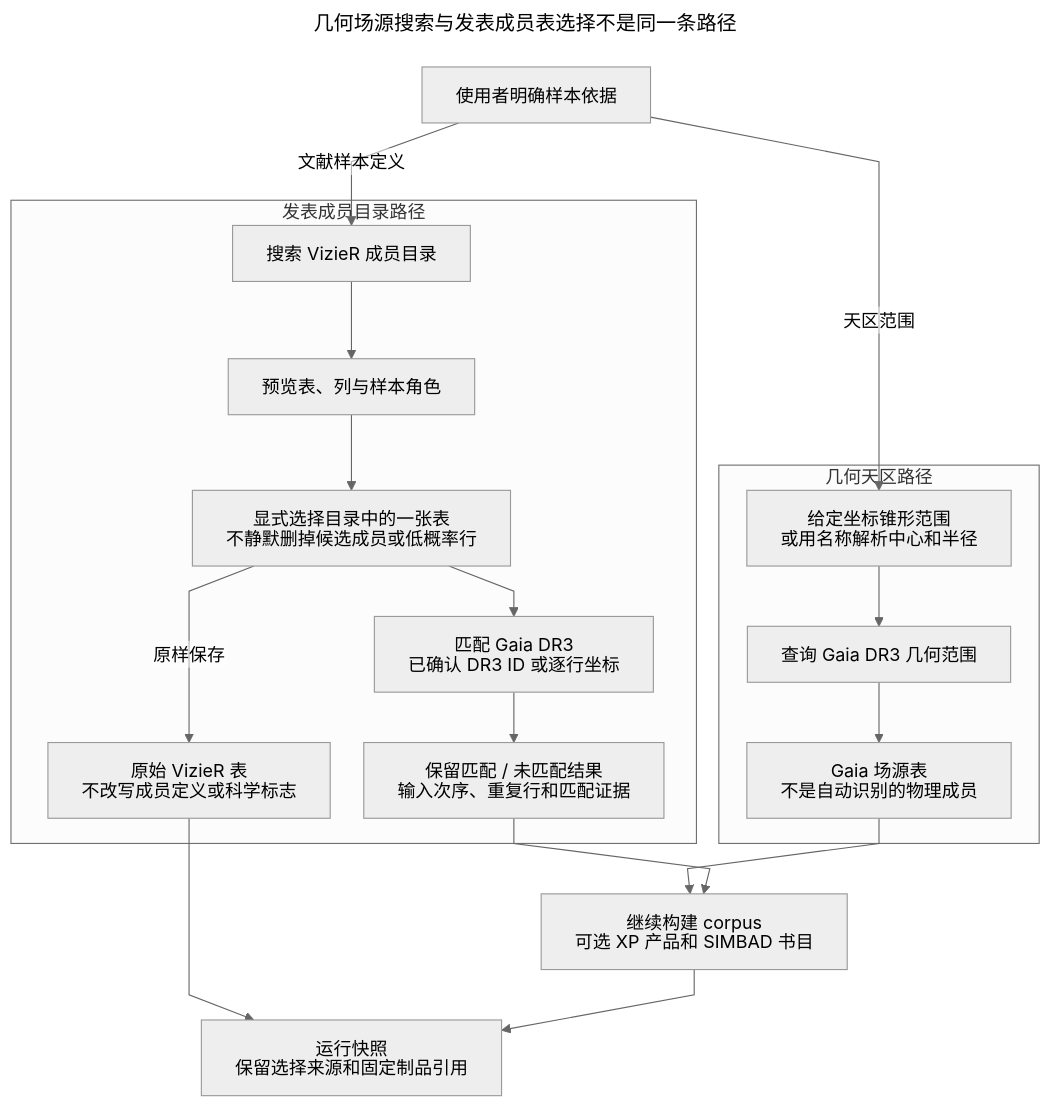
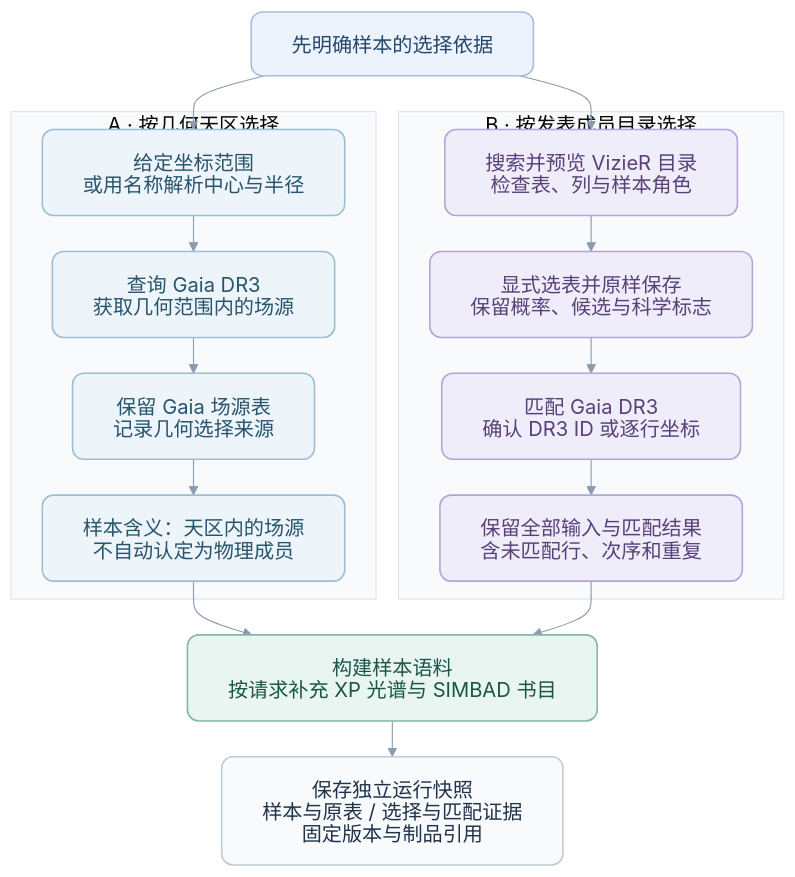
Before and after one commit to cetizhao/Astro-Corpus: the diagram in docs/diagrams/sample-selection.mmd, drawn with Mermaid. The commit also changed 9 other files, not shown here.

Commit message:
docs: redesign README diagrams and add project showcase

```diff
--- a/docs/diagrams/sample-selection.mmd
+++ b/docs/diagrams/sample-selection.mmd
@@ -1,41 +1,54 @@
 ---
-title: 几何场源搜索与发表成员表选择不是同一条路径
 config:
-  theme: neutral
+  look: classic
+  theme: base
   htmlLabels: false
   fontFamily: 'Noto Sans CJK SC, PingFang SC, Microsoft YaHei, sans-serif'
+  themeVariables:
+    fontSize: 18px
+    primaryTextColor: '#20334b'
+    lineColor: '#8a9bb0'
+    clusterBkg: '#f8fafc'
+    clusterBorder: '#dce4ed'
+    edgeLabelBackground: '#ffffff'
   flowchart:
     htmlLabels: false
-    curve: linear
+    curve: basis
     wrappingWidth: 300
-    nodeSpacing: 30
-    rankSpacing: 45
+    nodeSpacing: 36
+    rankSpacing: 32
+    padding: 18
 ---
 flowchart TB
-    request["使用者明确样本依据"]
+    accTitle: 几何场源与发表成员目录的样本选择
+    accDescr: 坐标范围或名称解析得到几何范围内的 Gaia 场源，不自动定义物理成员。成员路径先搜索预览 VizieR 目录并显式选表，再匹配 Gaia，保留原表、未匹配行、次序和重复输入，最后保存独立运行快照。
+    request["先明确样本的选择依据"]:::entry
 
-    subgraph geometric["几何天区路径"]
-        region["给定坐标锥形范围<br/>或用名称解析中心和半径"]
-        cone["查询 Gaia DR3 几何范围"]
-        field["Gaia 场源表<br/>不是自动识别的物理成员"]
-        region --> cone --> field
+    subgraph geometric["A · 按几何天区选择"]
+        region["给定坐标范围<br/>或用名称解析中心与半径"]:::field
+        cone["查询 Gaia DR3<br/>获取几何范围内的场源"]:::field
+        field["保留 Gaia 场源表<br/>记录几何选择来源"]:::field
+        scope["样本含义：天区内的场源<br/>不自动认定为物理成员"]:::field
+        region --> cone --> field --> scope
     end
 
-    subgraph literature["发表成员目录路径"]
-        search["搜索 VizieR 成员目录"]
-        preview["预览表、列与样本角色"]
-        table["显式选择目录中的一张表<br/>不静默删掉候选成员或低概率行"]
-        match["匹配 Gaia DR3<br/>已确认 DR3 ID 或逐行坐标"]
-        outcomes["保留匹配 / 未匹配结果<br/>输入次序、重复行和匹配证据"]
-        original["原始 VizieR 表<br/>不改写成员定义或科学标志"]
-        search --> preview --> table
-        table -->|原样保存| original
+    subgraph literature["B · 按发表成员目录选择"]
+        search["搜索并预览 VizieR 目录<br/>检查表、列与样本角色"]:::member
+        table["显式选表并原样保存<br/>保留概率、候选与科学标志"]:::member
+        match["匹配 Gaia DR3<br/>确认 DR3 ID 或逐行坐标"]:::member
+        outcomes["保留全部输入与匹配结果<br/>含未匹配行、次序和重复"]:::member
+        search --> table
         table --> match --> outcomes
     end
 
-    request -->|天区范围| region
-    request -->|文献样本定义| search
-    field --> build["继续构建 corpus<br/>可选 XP 产品和 SIMBAD 书目"]
+    request --> region
+    request --> search
+    scope --> build["构建样本语料<br/>按请求补充 XP 光谱与 SIMBAD 书目"]:::build
     outcomes --> build
-    original --> snapshot["运行快照<br/>保留选择来源和固定制品引用"]
-    build --> snapshot
+    build --> snapshot["保存独立运行快照<br/>样本与原表 / 选择与匹配证据<br/>固定版本与制品引用"]:::storage
+
+    classDef entry fill:#edf3fc,stroke:#a7bfdf,color:#23476b,stroke-width:1.4px,rx:10,ry:10
+    classDef field fill:#edf5fa,stroke:#9dbed1,color:#28546c,stroke-width:1.4px,rx:10,ry:10
+    classDef member fill:#f0edfa,stroke:#b5a4d5,color:#584078,stroke-width:1.4px,rx:10,ry:10
+    classDef build fill:#e9f5f1,stroke:#83b8a7,color:#1b5547,stroke-width:1.4px,rx:10,ry:10
+    classDef storage fill:#f8fafc,stroke:#bdcad8,color:#20334b,stroke-width:1.4px,rx:10,ry:10
```
